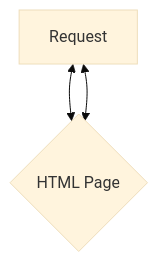
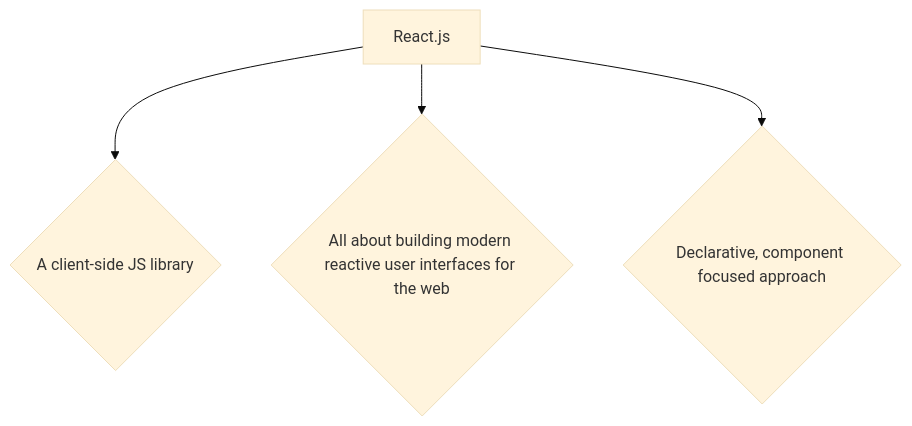
Before and after one commit to AriiMe/Functions-challenge: the diagram in README.md, drawn with Mermaid (base theme).

````diff
--- a/README.md
+++ b/README.md
@@ -1,5 +1,6 @@
 ```mermaid
 flowchart TD
-    A[Request] <--> B{HTML Page};
-   A <--> B
+    A[React.js] --> B{A client-side JS library};
+    A --> C{All about building modern reactive user interfaces for the web};
+    A --> D{Declarative, component focused approach}
 ```
````
